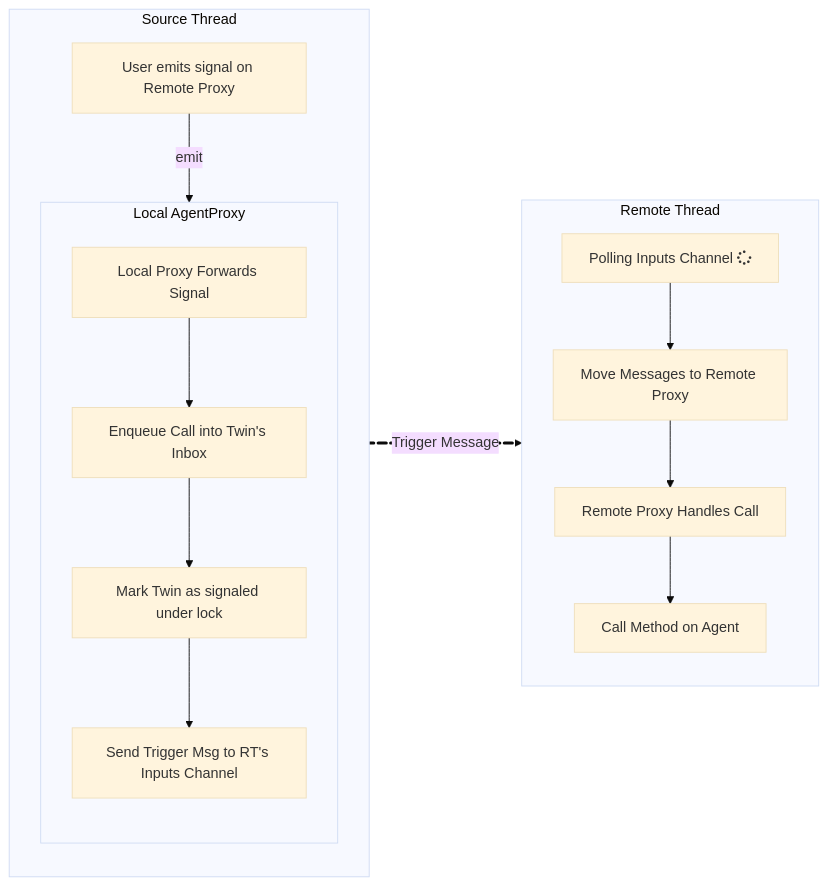
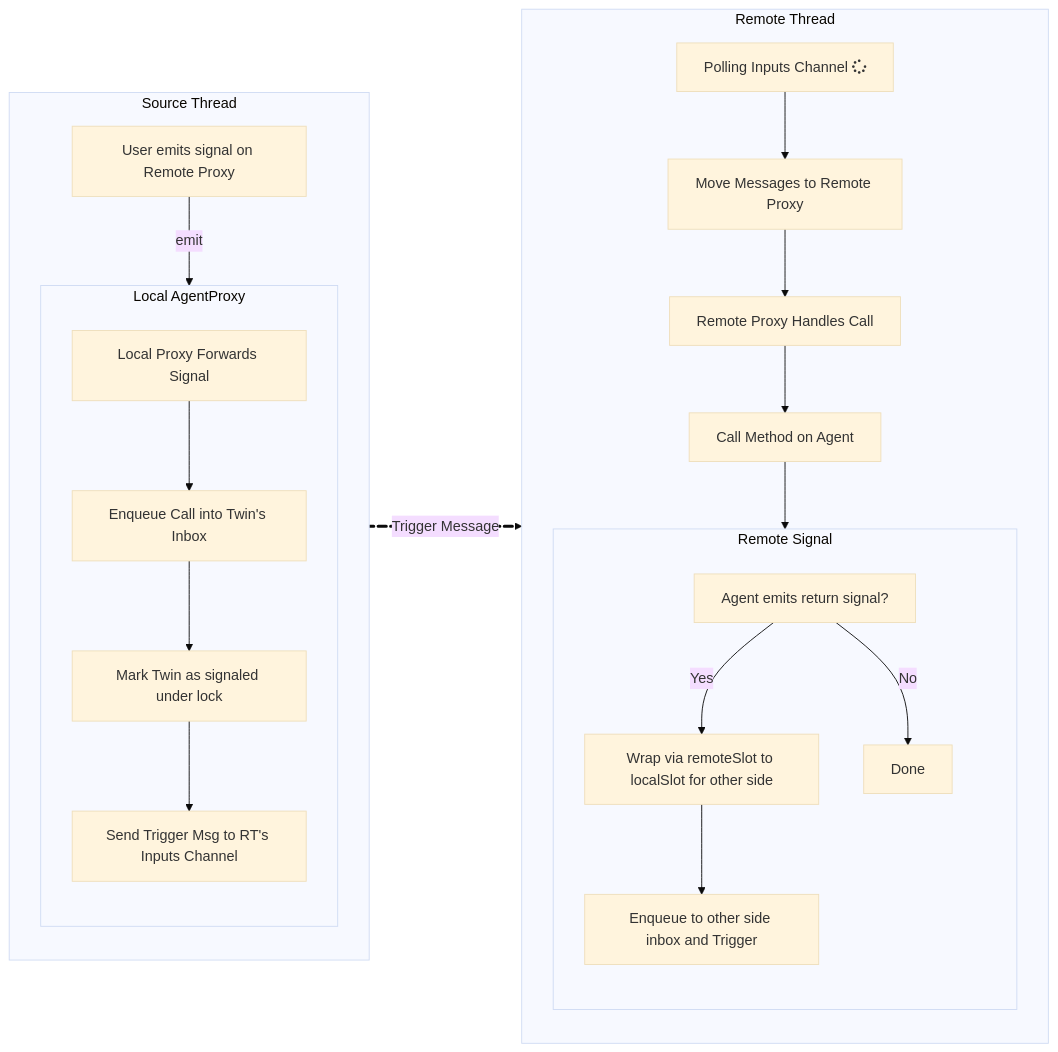
One commit to elcritch/sigils changed the first of 2 diagrams in docs/threading.md. Above: the diagram before and after it, drawn with Mermaid (base theme).

Commit message:
add threading docs

````diff
--- a/docs/threading.md
+++ b/docs/threading.md
@@ -175,30 +175,39 @@
 ```mermaid
 flowchart LR
   subgraph ST[Source Thread]
     direction TB
     Caller[User emits signal on Remote Proxy];
 
     Caller --emit --> LP;
 
     subgraph LP[Local AgentProxy]
       direction TB
       FWD[Local Proxy Forwards Signal];
       Enqueue[Enqueue Call into Twin's Inbox];
       Mark[Mark Twin as signaled under lock];
       Trigger[Send Trigger Msg to RT's Inputs Channel];
 
       FWD --> Enqueue --> Mark --> Trigger;
     end
   end
 
   subgraph RT[Remote Thread]
     RX[Polling Inputs Channel fa:fa-spinner];
     Triggered[Move Messages to Remote Proxy];
     Twin[Remote Proxy Handles Call];
     Deliver[Call Method on Agent];
     RX --> Triggered --> Twin --> Deliver;
+    subgraph RS[Remote Signal]
+      direction TB;
+      Back[Agent emits return signal?];
+      Back -- Yes --> WrapBack[Wrap via remoteSlot to localSlot for other side];
+      WrapBack --> EnqueueBack[Enqueue to other side inbox and Trigger];
+      Back -- No --> Done[Done];
+    end
+    Deliver --> Back;
   end
 
   ST e1@==>|Trigger Message| RT;
   e1@{ animate: true }
+
 ```
````
